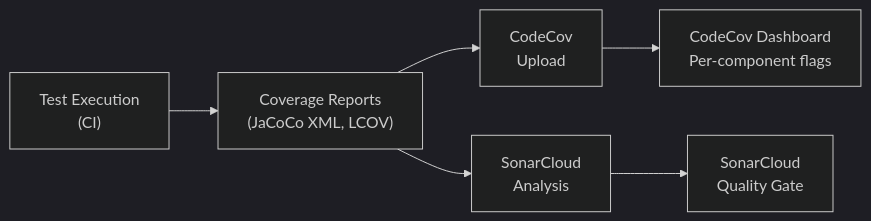
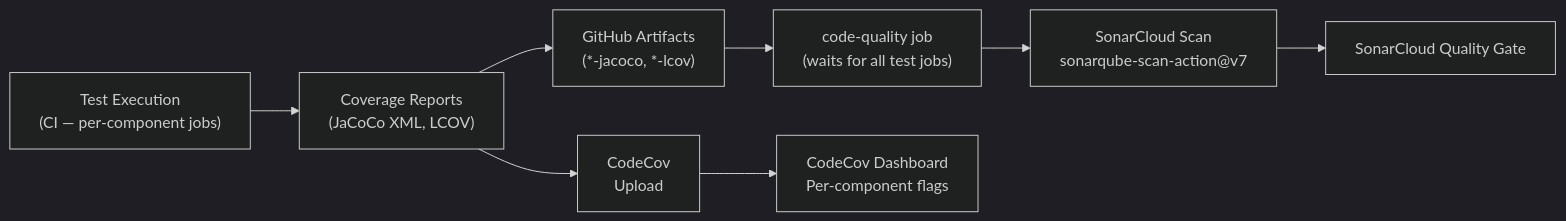
Before and after one commit to clark22134/MyPortfolioWebsite: the second of 3 diagrams in docs/TESTING_STRATEGY.md, drawn with Mermaid (dark theme). The commit also changed other lines of this file and 30 other files, not shown here.

Commit message:
aws, test coverage, sonarqube, chatbot, doc update

````diff
--- a/docs/TESTING_STRATEGY.md
+++ b/docs/TESTING_STRATEGY.md
@@ -311,8 +337,10 @@
 ```mermaid
 graph LR
-    Tests["Test Execution<br/>(CI)"] --> Reports["Coverage Reports<br/>(JaCoCo XML, LCOV)"]
+    Tests["Test Execution<br/>(CI — per-component jobs)"] --> Reports["Coverage Reports<br/>(JaCoCo XML, LCOV)"]
+    Reports --> GHA["GitHub Artifacts<br/>(*-jacoco, *-lcov)"]
+    GHA --> CQ["code-quality job<br/>(waits for all test jobs)"]
+    CQ --> SQ["SonarCloud Scan<br/>sonarqube-scan-action@v7"]
     Reports --> CC["CodeCov<br/>Upload"]
-    Reports --> SQ["SonarCloud<br/>Analysis"]
+    SQ --> Gate["SonarCloud Quality Gate"]
     CC --> Dashboard["CodeCov Dashboard<br/>Per-component flags"]
-    SQ --> Gate["SonarCloud<br/>Quality Gate"]
 ```
````
